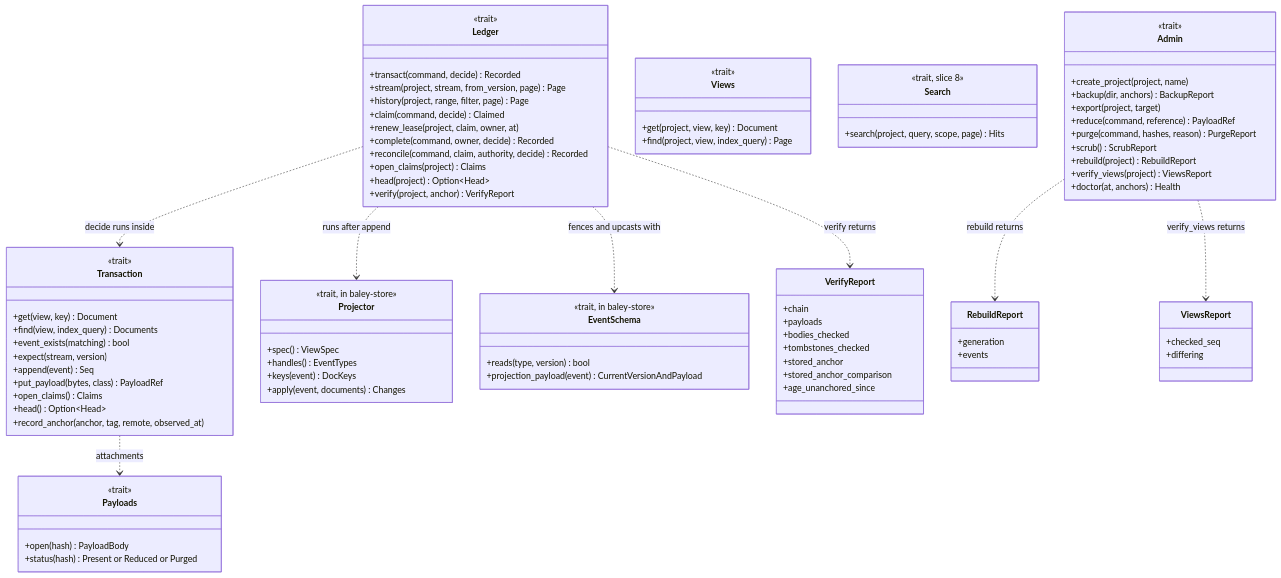
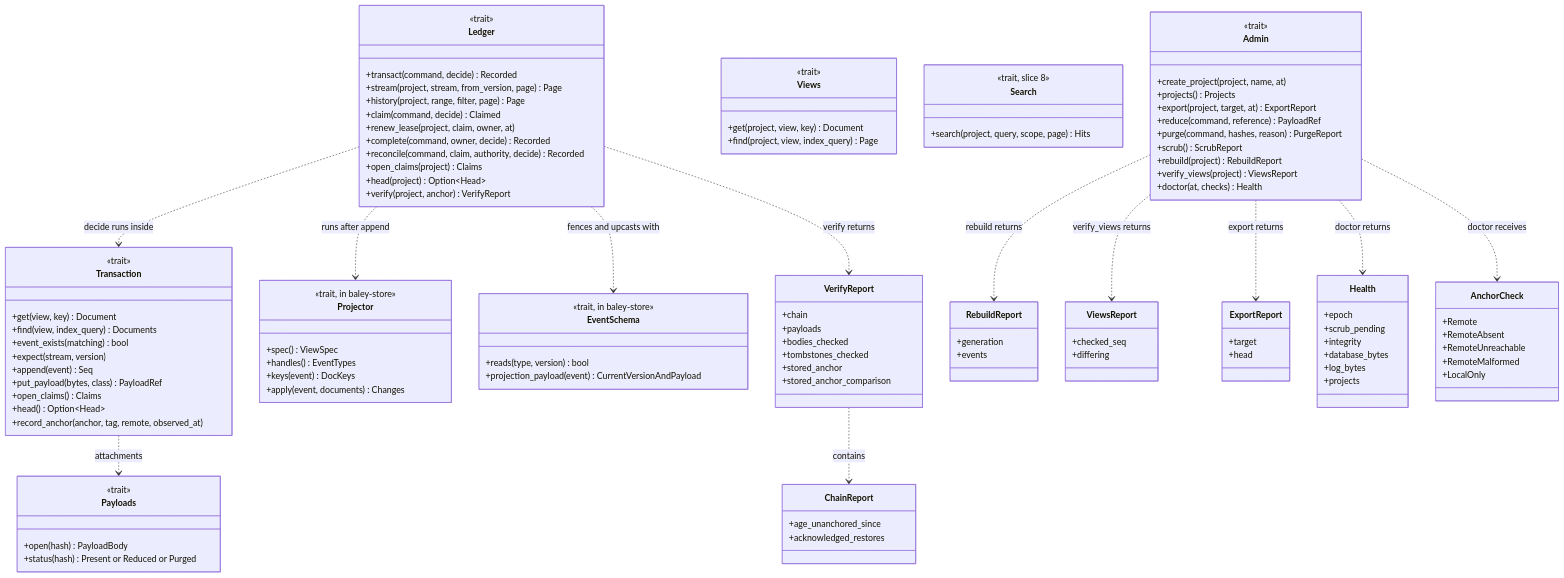
Before and after one commit to crenshawdev/baley: the fourth of 13 diagrams in docs/design/0001-evidence-ledger.md, drawn with Mermaid. The commit also changed other lines of this file and 5 other files, not shown here.

First line of the commit message:
docs(design): describe export, doctor and acknowledge-restore, and say Baley makes no backups

````diff
--- a/docs/design/0001-evidence-ledger.md
+++ b/docs/design/0001-evidence-ledger.md
@@ -264,15 +264,15 @@
   }
   class Admin {
     <<trait>>
-    +create_project(project, name)
-    +backup(dir, anchors) BackupReport
-    +export(project, target)
+    +create_project(project, name, at)
+    +projects() Projects
+    +export(project, target, at) ExportReport
     +reduce(command, reference) PayloadRef
     +purge(command, hashes, reason) PurgeReport
     +scrub() ScrubReport
     +rebuild(project) RebuildReport
     +verify_views(project) ViewsReport
-    +doctor(at, anchors) Health
+    +doctor(at, checks) Health
   }
   class Projector {
     <<trait, in baley-store>>
@@ -301,7 +301,29 @@
     +tombstones_checked
     +stored_anchor
     +stored_anchor_comparison
+  }
+  class ChainReport {
     +age_unanchored_since
+    +acknowledged_restores
+  }
+  class AnchorCheck {
+    +Remote
+    +RemoteAbsent
+    +RemoteUnreachable
+    +RemoteMalformed
+    +LocalOnly
+  }
+  class ExportReport {
+    +target
+    +head
+  }
+  class Health {
+    +epoch
+    +scrub_pending
+    +integrity
+    +database_bytes
+    +log_bytes
+    +projects
   }
   Ledger ..> Transaction : decide runs inside
   Ledger ..> Projector : runs after append
@@ -309,5 +331,9 @@
   Transaction ..> Payloads : attachments
   Admin ..> RebuildReport : rebuild returns
   Admin ..> ViewsReport : verify_views returns
+  Admin ..> ExportReport : export returns
+  Admin ..> Health : doctor returns
+  Admin ..> AnchorCheck : doctor receives
+  VerifyReport ..> ChainReport : contains
   Ledger ..> VerifyReport : verify returns
 ```
````
